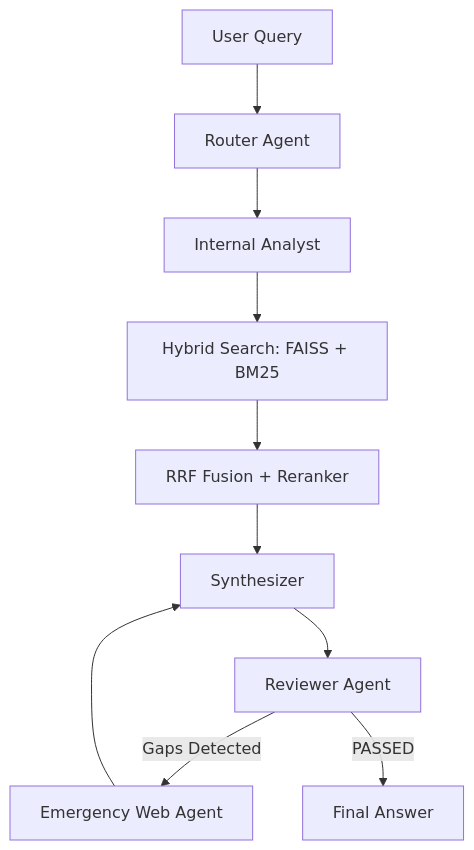
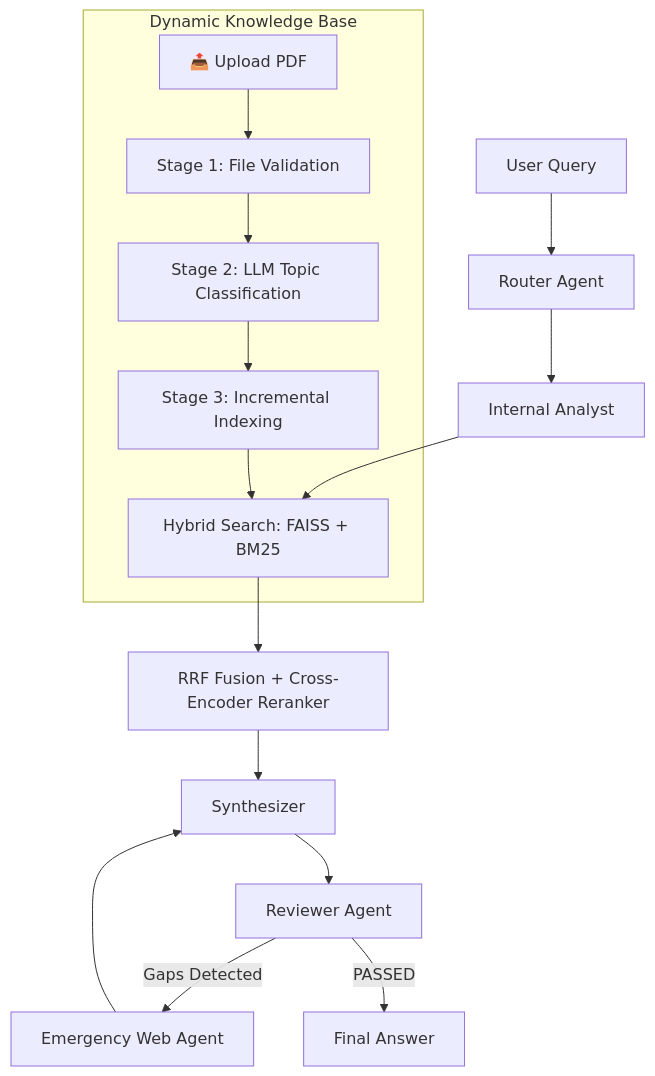
One commit to mostafanasr300/AI-under-the-hood-RAG-sys changed the first of 2 diagrams in README.md. Above: the diagram before and after it, drawn with Mermaid. The commit also changed other lines of this file and 3 other files, not shown here.

First line of the commit message:
feat: dynamic runtime knowledge base upload

````diff
--- a/README.md
+++ b/README.md
@@ -101,12 +173,19 @@
 ```mermaid
 graph TD
-    A[User Query] --> B[Router Agent]
-    B --> C[Internal Analyst]
-    C --> D[Hybrid Search: FAISS + BM25]
-    D --> E[RRF Fusion + Reranker]
-    E --> F[Synthesizer]
-    F --> G[Reviewer Agent]
-    G -- Gaps Detected --> H[Emergency Web Agent]
-    H --> F
-    G -- PASSED --> I[Final Answer]
+    U[User Query] --> R[Router Agent]
+    R --> A[Internal Analyst]
+    A --> H["Hybrid Search: FAISS + BM25"]
+    H --> RRF[RRF Fusion + Cross-Encoder Reranker]
+    RRF --> S[Synthesizer]
+    S --> Rev[Reviewer Agent]
+    Rev -- Gaps Detected --> W[Emergency Web Agent]
+    W --> S
+    Rev -- PASSED --> F[Final Answer]
+
+    subgraph "Dynamic Knowledge Base"
+        UP["📤 Upload PDF"] --> V1["Stage 1: File Validation"]
+        V1 --> V2["Stage 2: LLM Topic Classification"]
+        V2 --> V3["Stage 3: Incremental Indexing"]
+        V3 --> H
+    end
 ```
````
